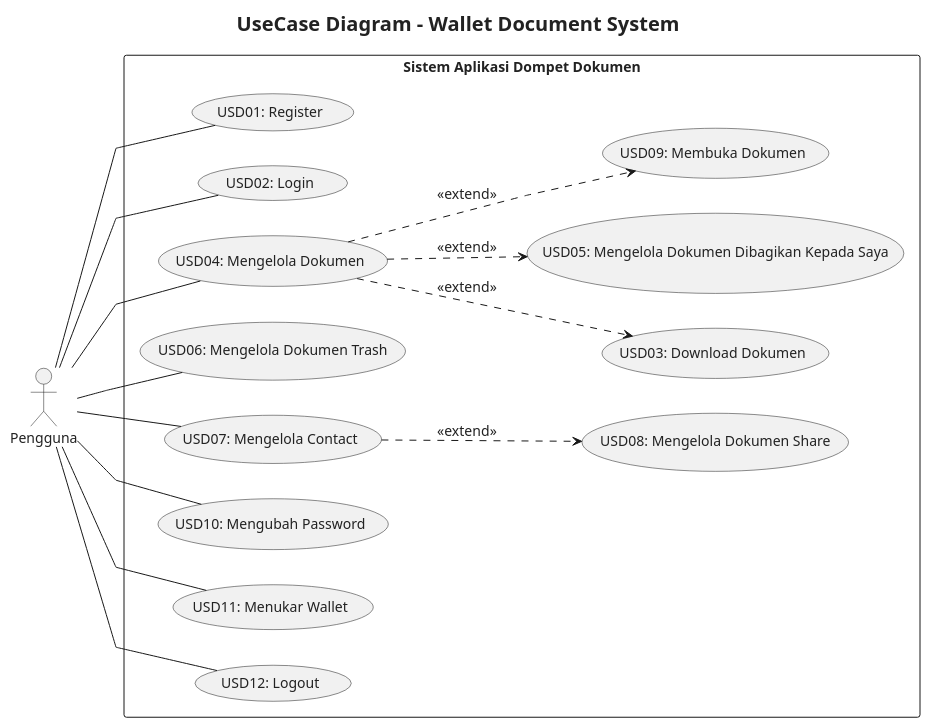
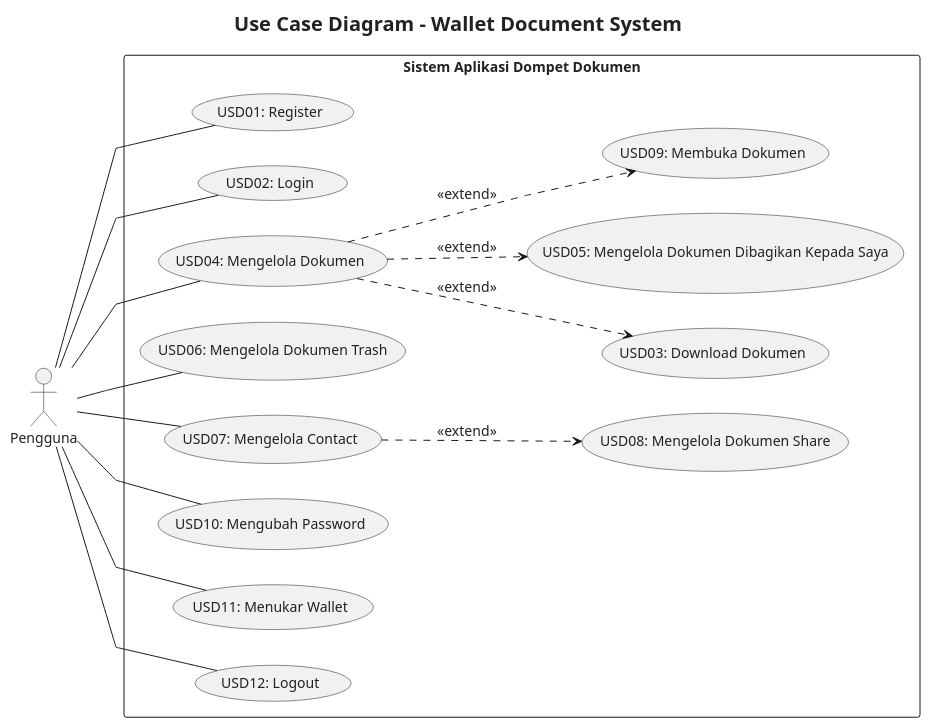
The diagram in usecase-diagram/docrypt_usecase diagram.puml (syafiq-ubay/walldoc-plantUML), drawn with PlantUML before and after one commit. The commit also changed 4 other files, not shown here.

```diff
--- a/usecase-diagram/docrypt_usecase diagram.puml
+++ b/usecase-diagram/docrypt_usecase diagram.puml
@@ -1,49 +1,49 @@
 @startuml
 skinparam defaultFontName "JetBrains Mono"
 skinparam defaultFontSize 14
 skinparam defaultFontColor #222222
 skinparam titleFontSize 20
 skinparam Linetype polyline
 left to right direction
-title UseCase Diagram - Wallet Document System
+title Use Case Diagram - Wallet Document System
 
 actor Pengguna as p
 
 rectangle "Sistem Aplikasi Dompet Dokumen" {
   (USD01: Register) as USD01
   (USD02: Login) as USD02
   (USD03: Download Dokumen) as USD03
   (USD04: Mengelola Dokumen) as USD04
   (USD05: Mengelola Dokumen Dibagikan Kepada Saya) as USD05
   (USD06: Mengelola Dokumen Trash) as USD06
   (USD07: Mengelola Contact) as USD07
   (USD08: Mengelola Dokumen Share) as USD08
   (USD09: Membuka Dokumen) as USD09
   (USD10: Mengubah Password) as USD10
   (USD11: Menukar Wallet) as USD11
   (USD12: Logout) as USD12
 
 }
 
 ' ==================== RELATIONSHIP ====================
 p -- USD01
 p -- USD02
 ' p -- USD03
 ' USD03 ..> USD06 : <<extend>>
 ' USD03 ..> USD07 : <<extend>>
 ' USD03 ..> USD05 : <<extend>>
 p -- USD04
 USD04 ..> USD03 : <<extend>>
 USD04 ..> USD05 : <<extend>>
 USD04 ..> USD09 : <<extend>>
 ' p -- USD05
 p -- USD06
 p -- USD07
 ' p -- USD08
 USD07 ..> USD08 : <<extend>>
 ' p -- USD09
 p -- USD10
 p -- USD11
 p -- USD12
 
 @enduml
```
